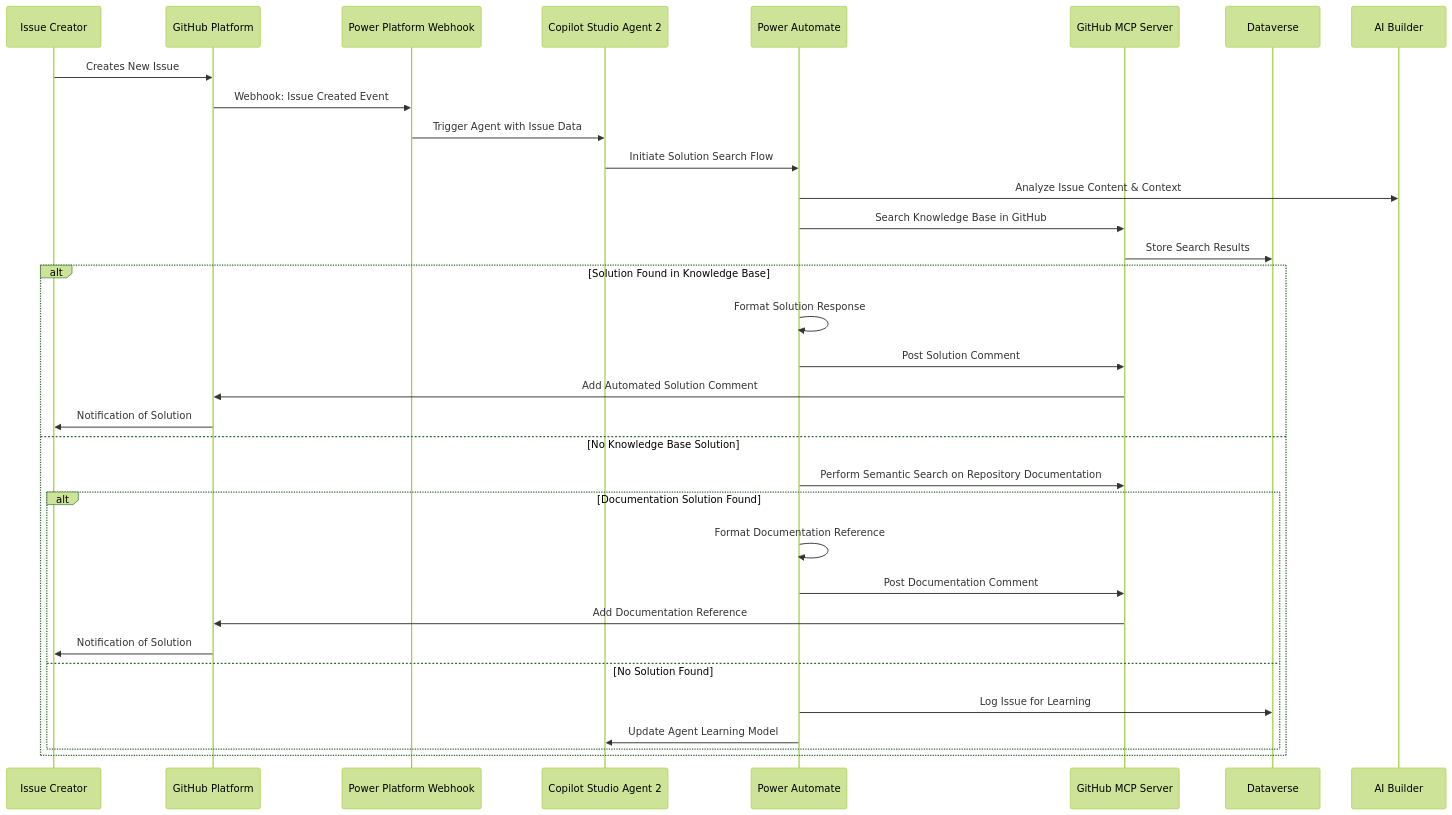
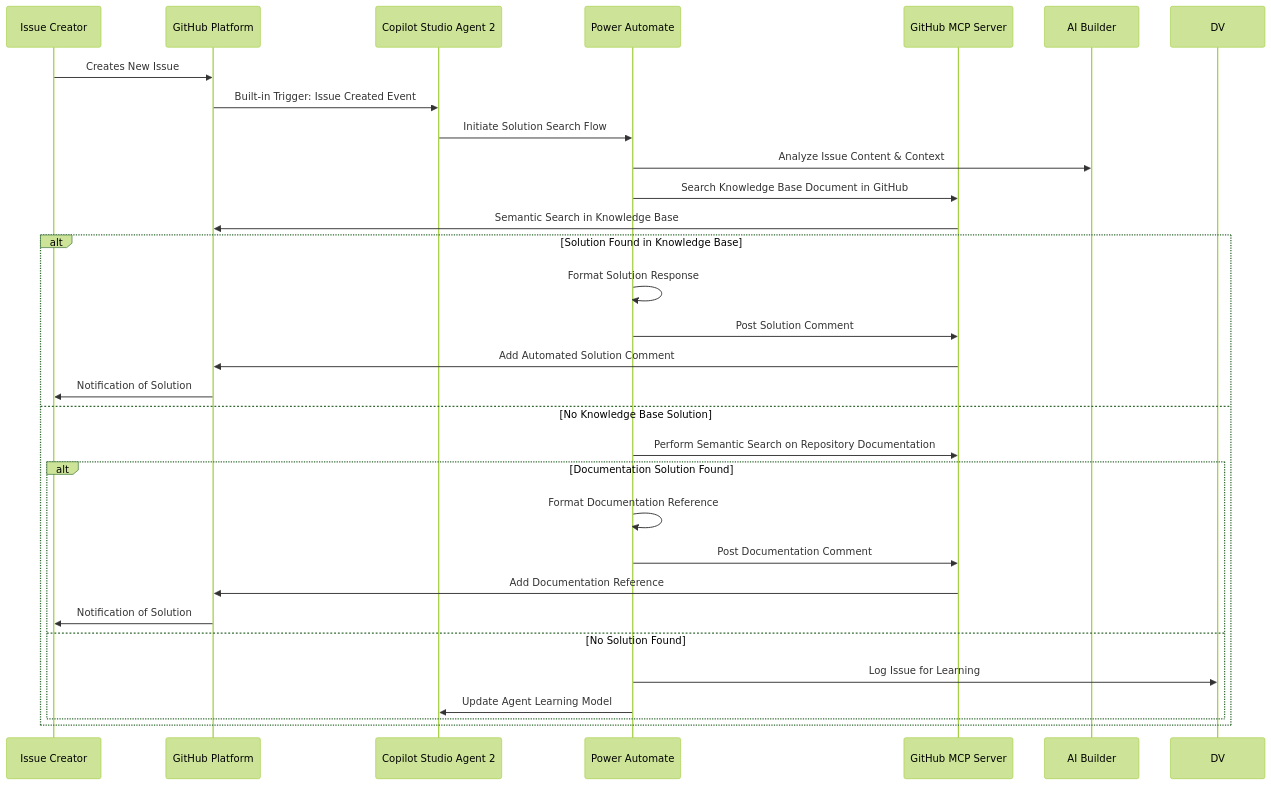
One commit to microsoft/Power-CAT-Copilot-Studio-Kit changed the third of 3 diagrams in AutonomousGitHubIssueManagementAgents.md. Above: the diagram before and after it, drawn with Mermaid (forest theme). The commit also changed other lines of this file, not shown here.

First line of the commit message:
Revise Autonomous GitHub Issue Management Agents document

````diff
--- a/AutonomousGitHubIssueManagementAgents.md
+++ b/AutonomousGitHubIssueManagementAgents.md
@@ -377,37 +159,34 @@
 ```mermaid
 sequenceDiagram
     participant User as Issue Creator
     participant GitHub as GitHub Platform
-    participant PP_Webhook as Power Platform Webhook
     participant CS2 as Copilot Studio Agent 2
     participant PA as Power Automate
     participant MCP as GitHub MCP Server
-    participant DV as Dataverse
     participant AIB as AI Builder
-    
+
     User->>GitHub: Creates New Issue
-    GitHub->>PP_Webhook: Webhook: Issue Created Event
-    PP_Webhook->>CS2: Trigger Agent with Issue Data
+    GitHub->>CS2: Built-in Trigger: Issue Created Event
     CS2->>PA: Initiate Solution Search Flow
     PA->>AIB: Analyze Issue Content & Context
-    PA->>MCP: Search Knowledge Base in GitHub
-    MCP->>DV: Store Search Results
-    
+    PA->>MCP: Search Knowledge Base Document in GitHub
+    MCP->>GitHub: Semantic Search in Knowledge Base
+
     alt Solution Found in Knowledge Base
         PA->>PA: Format Solution Response
         PA->>MCP: Post Solution Comment
         MCP->>GitHub: Add Automated Solution Comment
         GitHub->>User: Notification of Solution
     else No Knowledge Base Solution
         PA->>MCP: Perform Semantic Search on Repository Documentation
         alt Documentation Solution Found
             PA->>PA: Format Documentation Reference
             PA->>MCP: Post Documentation Comment
             MCP->>GitHub: Add Documentation Reference
             GitHub->>User: Notification of Solution
         else No Solution Found
             PA->>DV: Log Issue for Learning
             PA->>CS2: Update Agent Learning Model
         end
     end
 ```
````
